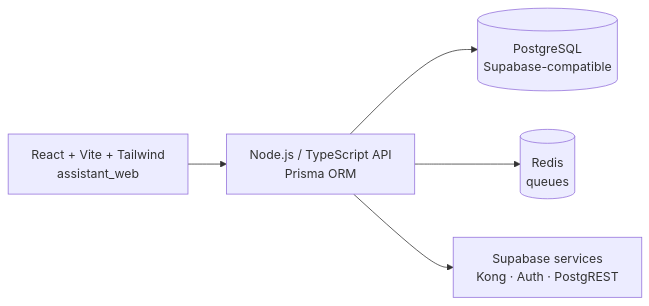
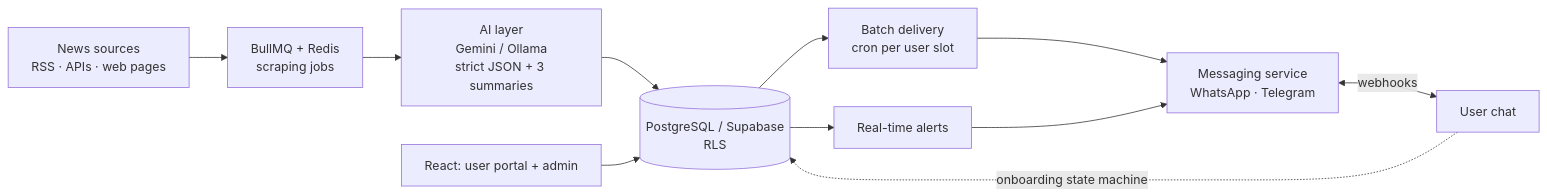
One commit to pjaragao/AI_Local changed the diagram in README.md. Above: the diagram before and after it, drawn with Mermaid. The commit also changed other lines of this file and 2 other files, not shown here.

Commit message:
docs: accurate README, live link and simulated chat windows

````diff
--- a/README.md
+++ b/README.md
@@ -25,7 +60,13 @@
 ```mermaid
 flowchart LR
-    W[React + Vite + Tailwind<br/>assistant_web] --> B[Node.js / TypeScript API<br/>Prisma ORM]
-    B --> DB[(PostgreSQL<br/>Supabase-compatible)]
-    B --> R[(Redis<br/>queues)]
-    B --> S[Supabase services<br/>Kong · Auth · PostgREST]
+    SRC[News sources<br/>RSS · APIs · web pages] --> Q[BullMQ + Redis<br/>scraping jobs]
+    Q --> AI[AI layer<br/>Gemini / Ollama<br/>strict JSON + 3 summaries]
+    AI --> DB[(PostgreSQL / Supabase<br/>RLS)]
+    DB --> BATCH[Batch delivery<br/>cron per user slot]
+    DB --> RT[Real-time alerts]
+    BATCH --> MSG[Messaging service<br/>WhatsApp · Telegram]
+    RT --> MSG
+    MSG <-- webhooks --> U[User chat]
+    U -. onboarding state machine .-> DB
+    WEB[React: user portal + admin] --> DB
 ```
````
